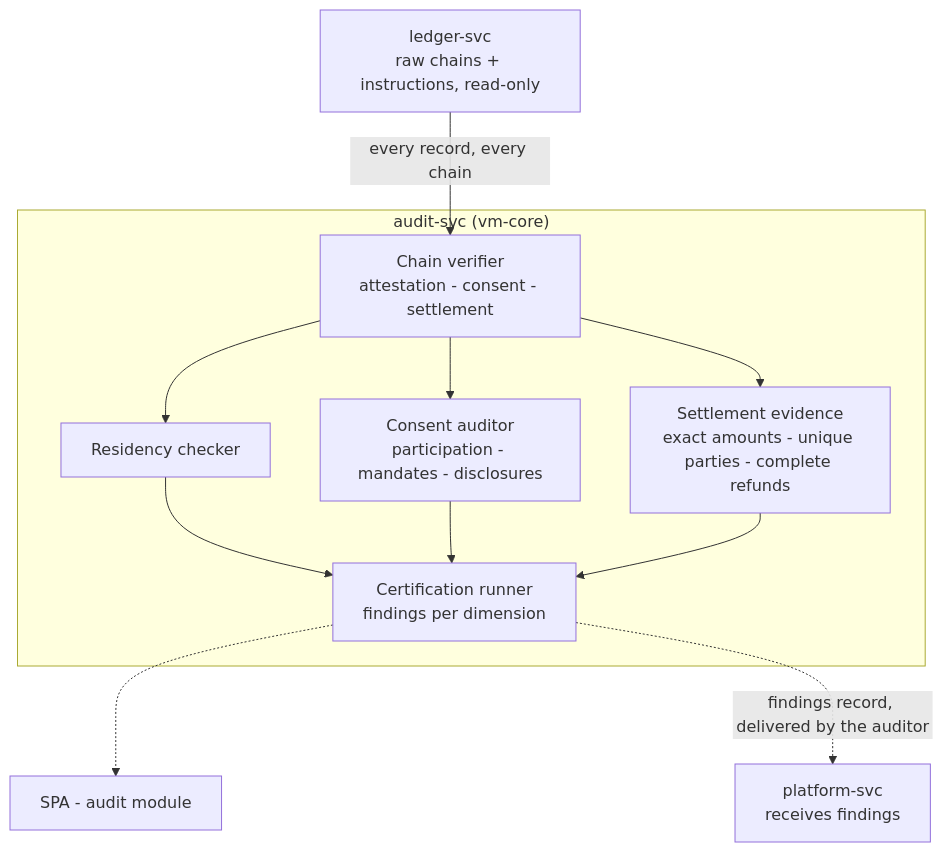
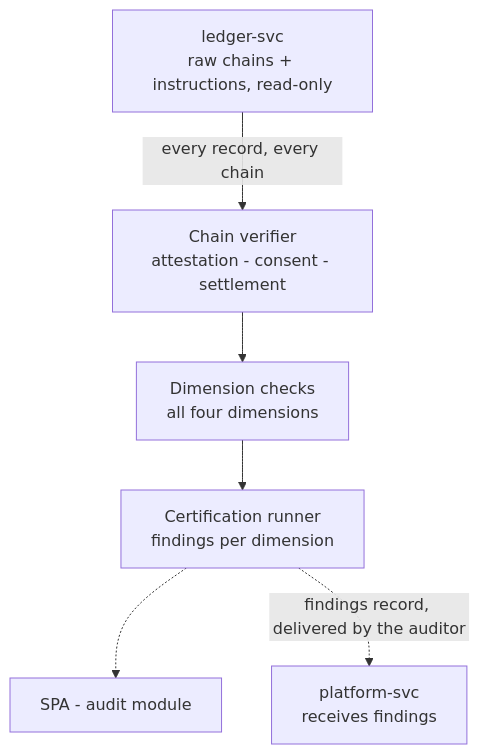
One commit to alius-git/amisad.dev changed the diagram in plan/design/08-audit.md. Above: the diagram before and after it, drawn with Mermaid. The commit also changed other lines of this file and 41 other files, not shown here.

First line of the commit message:
Index the AmisAd design diagrams and keep each within seven boxes

````diff
--- a/plan/design/08-audit.md
+++ b/plan/design/08-audit.md
@@ -7,23 +7,15 @@
 ```mermaid
 flowchart TD
-    subgraph svc["audit-svc (vm-core)"]
-        chains["Chain verifier<br/>attestation - consent - settlement"]
-        residency["Residency checker"]
-        consent["Consent auditor<br/>participation - mandates - disclosures"]
-        conservation["Settlement evidence<br/>exact amounts - unique parties - complete refunds"]
-        certify["Certification runner<br/>findings per dimension"]
-    end
+    chains["Chain verifier<br/>attestation - consent - settlement"]
+    checks["Dimension checks<br/>all four dimensions"]
+    certify["Certification runner<br/>findings per dimension"]
     spa["SPA - audit module"]
     ledger["ledger-svc<br/>raw chains + instructions, read-only"]
     platform["platform-svc<br/>receives findings"]
 
     ledger -->|"every record, every chain"| chains
-    chains --> residency
-    chains --> consent
-    chains --> conservation
-    residency --> certify
-    consent --> certify
-    conservation --> certify
+    chains --> checks
+    checks --> certify
     certify -.-> spa
     certify -.->|"findings record, delivered by the auditor"| platform
 ```
````
